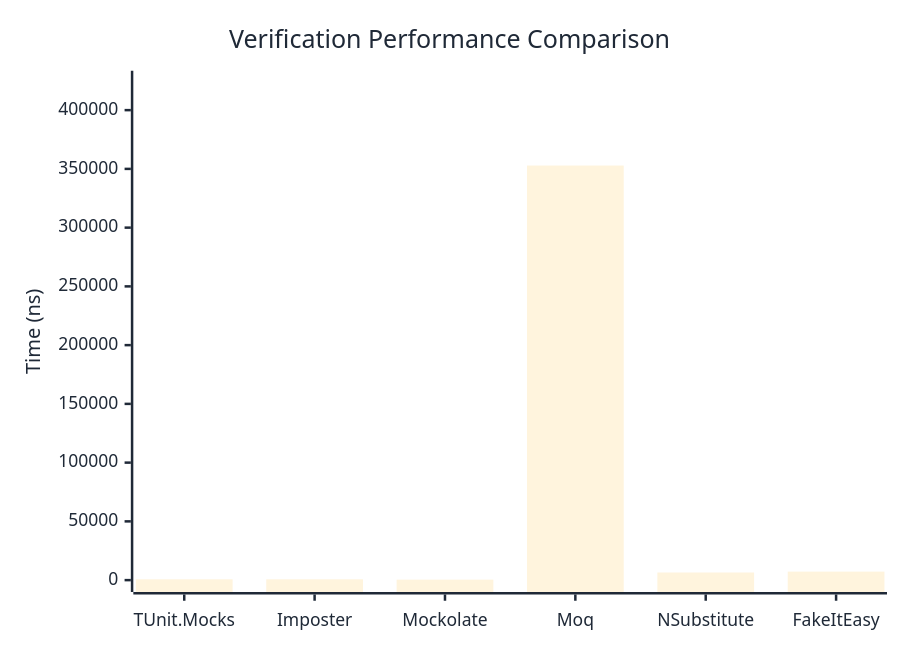
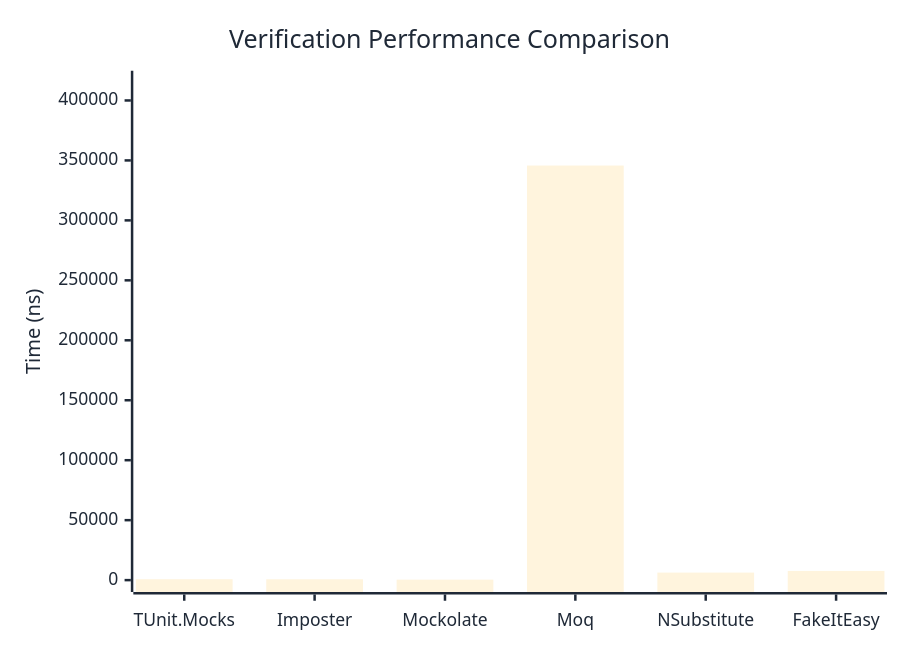
Before and after one commit to thomhurst/TUnit: the first of 3 diagrams in docs/docs/benchmarks/mocks/Verification.md, drawn with Mermaid. The commit also changed other lines of this file and 14 other files, not shown here.

````diff
--- a/docs/docs/benchmarks/mocks/Verification.md
+++ b/docs/docs/benchmarks/mocks/Verification.md
@@ -30,27 +30,27 @@
 ```mermaid
 %%{init: {
   'theme':'base',
   'themeVariables': {
     'primaryColor': '#2563eb',
     'primaryTextColor': '#1f2937',
     'primaryBorderColor': '#1e40af',
     'lineColor': '#6b7280',
     'secondaryColor': '#7c3aed',
     'tertiaryColor': '#dc2626',
     'background': '#ffffff',
     'pie1': '#2563eb',
     'pie2': '#7c3aed',
     'pie3': '#dc2626',
     'pie4': '#f59e0b',
     'pie5': '#10b981',
     'pie6': '#06b6d4',
     'pie7': '#ec4899',
     'pie8': '#6366f1'
   }
 }}%%
 xychart-beta
   title "Verification Performance Comparison"
   x-axis ["TUnit.Mocks", "Imposter", "Mockolate", "Moq", "NSubstitute", "FakeItEasy"]
-  y-axis "Time (ns)" 0 --> 423414
-  bar [707.81, 703.16, 400.61, 352844.43, 6489.29, 7250.42]
+  y-axis "Time (ns)" 0 --> 414872
+  bar [751.2, 702.81, 411.36, 345726.33, 6276.12, 7661.4]
 ```
````
